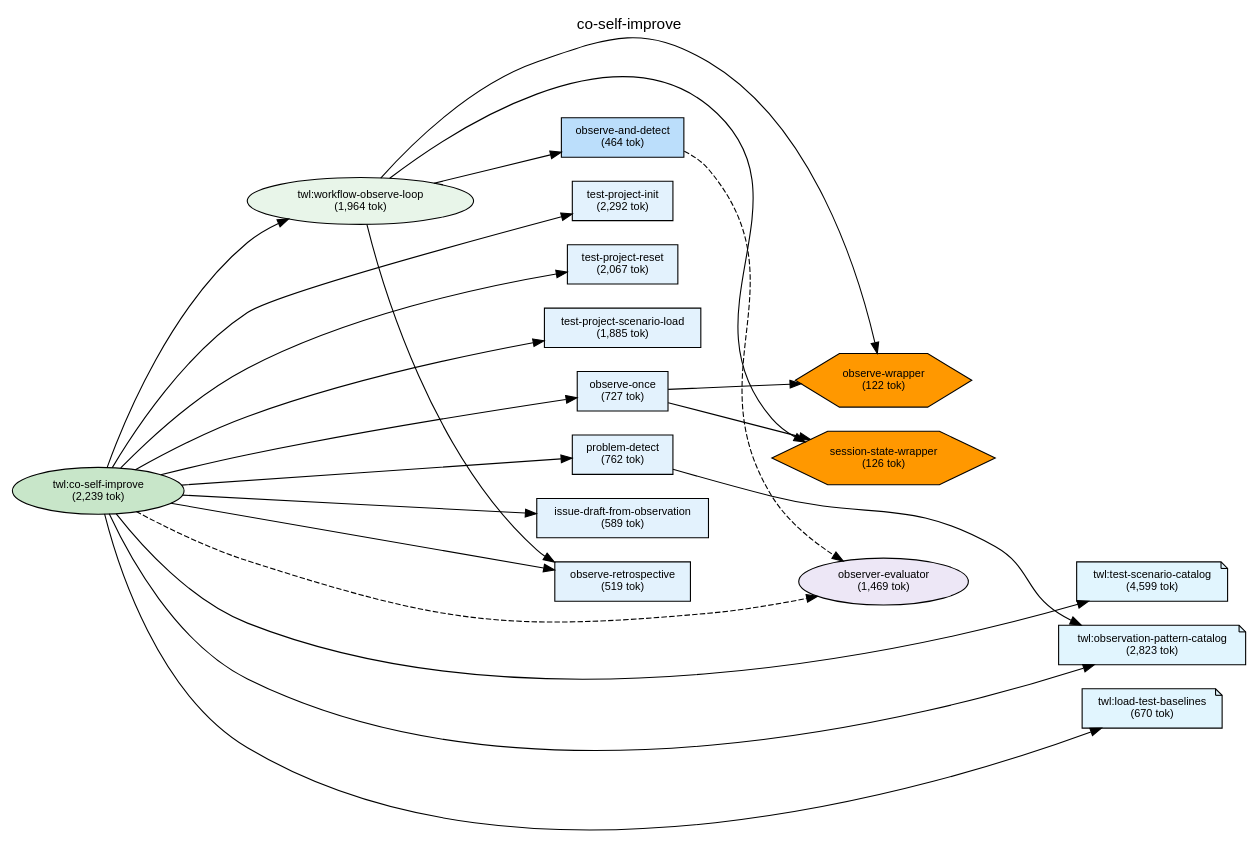
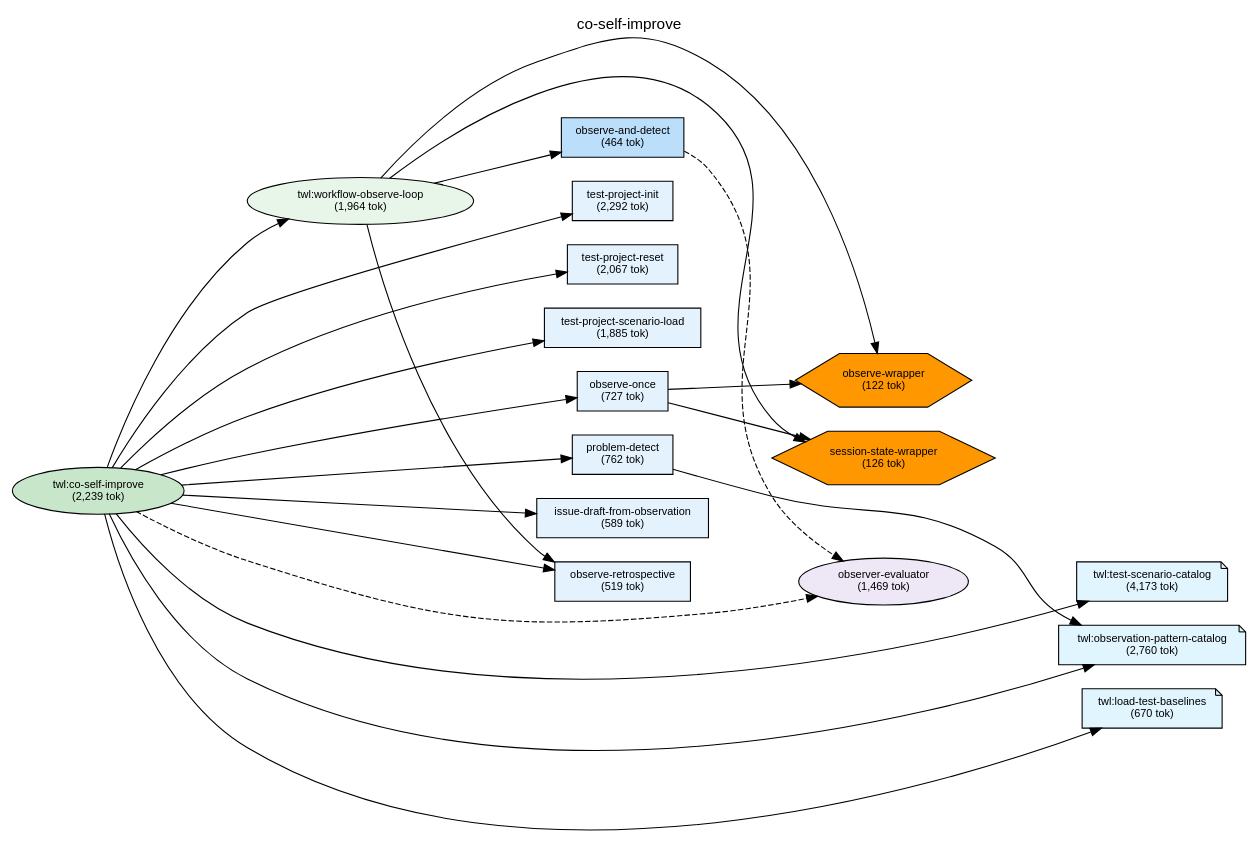
The diagram in plugins/twl/docs/deps-co-self-improve.dot (shuu5/twill), drawn with Graphviz before and after one commit. The commit also changed 29 other files, not shown here.

```diff
--- a/plugins/twl/docs/deps-co-self-improve.dot
+++ b/plugins/twl/docs/deps-co-self-improve.dot
@@ -1,96 +1,96 @@
 digraph Dependencies {
     // Graph settings
     rankdir=LR;
     ranksep=0.8;
     nodesep=0.3;
     fontname="Helvetica";
     node [fontname="Helvetica", fontsize=10];
     edge [fontname="Helvetica", fontsize=9];
     label="co-self-improve";
     labelloc=t;
     fontsize=14;
 
     // L0: Controller Skills
     skill_co_self_improve [label="twl:co-self-improve\n(2,239 tok)", shape=ellipse, style=filled, fillcolor="#c8e6c9"];
 
     // L0: Launchers
 
     // L0.5: Workflow Skills
     skill_workflow_observe_loop [label="twl:workflow-observe-loop\n(1,964 tok)", shape=ellipse, style=filled, fillcolor="#e8f5e9"];
 
     // Reference Skills
-    skill_test_scenario_catalog [label="twl:test-scenario-catalog\n(4,599 tok)", shape=note, style=filled, fillcolor="#e1f5fe"];
-    skill_observation_pattern_catalog [label="twl:observation-pattern-catalog\n(2,823 tok)", shape=note, style=filled, fillcolor="#e1f5fe"];
+    skill_test_scenario_catalog [label="twl:test-scenario-catalog\n(4,173 tok)", shape=note, style=filled, fillcolor="#e1f5fe"];
+    skill_observation_pattern_catalog [label="twl:observation-pattern-catalog\n(2,760 tok)", shape=note, style=filled, fillcolor="#e1f5fe"];
     skill_load_test_baselines [label="twl:load-test-baselines\n(670 tok)", shape=note, style=filled, fillcolor="#e1f5fe"];
 
     // L1: Direct Commands
     cmd_observe_once [label="observe-once\n(727 tok)", shape=box, style=filled, fillcolor="#e3f2fd"];
     cmd_problem_detect [label="problem-detect\n(762 tok)", shape=box, style=filled, fillcolor="#e3f2fd"];
     cmd_issue_draft_from_observation [label="issue-draft-from-observation\n(589 tok)", shape=box, style=filled, fillcolor="#e3f2fd"];
     cmd_observe_and_detect [label="observe-and-detect\n(464 tok)", shape=box, style=filled, fillcolor="#bbdefb"];
     cmd_observe_retrospective [label="observe-retrospective\n(519 tok)", shape=box, style=filled, fillcolor="#e3f2fd"];
     cmd_test_project_init [label="test-project-init\n(2,292 tok)", shape=box, style=filled, fillcolor="#e3f2fd"];
     cmd_test_project_reset [label="test-project-reset\n(2,067 tok)", shape=box, style=filled, fillcolor="#e3f2fd"];
     cmd_test_project_scenario_load [label="test-project-scenario-load\n(1,885 tok)", shape=box, style=filled, fillcolor="#e3f2fd"];
 
     // L2: Sub Commands
 
     // L3: Agents
     agent_observer_evaluator [label="observer-evaluator\n(1,469 tok)", shape=ellipse, style=filled, fillcolor="#ede7f6"];
 
     // L3.5: Scripts
     script_observe_wrapper [label="observe-wrapper\n(122 tok)", shape=hexagon, style=filled, fillcolor="#FF9800"];
     script_session_state_wrapper [label="session-state-wrapper\n(126 tok)", shape=hexagon, style=filled, fillcolor="#FF9800"];
 
     // L4: External
 
     // Layer constraints
     { rank=same; skill_co_self_improve; }
     { rank=same; skill_workflow_observe_loop; }
     { rank=same; skill_test_scenario_catalog; skill_observation_pattern_catalog; skill_load_test_baselines; }
     { rank=same; cmd_observe_once; cmd_problem_detect; cmd_issue_draft_from_observation; cmd_observe_and_detect; cmd_observe_retrospective; cmd_test_project_init; cmd_test_project_reset; cmd_test_project_scenario_load; }
     { rank=same; agent_observer_evaluator; }
     { rank=same; script_observe_wrapper; script_session_state_wrapper; }
 
     // Edges
     skill_co_self_improve -> skill_workflow_observe_loop;
     skill_co_self_improve -> cmd_test_project_init;
     skill_co_self_improve -> cmd_test_project_reset;
     skill_co_self_improve -> cmd_test_project_scenario_load;
     skill_co_self_improve -> cmd_observe_once;
     skill_co_self_improve -> cmd_problem_detect;
     skill_co_self_improve -> cmd_issue_draft_from_observation;
     skill_co_self_improve -> cmd_observe_retrospective;
     skill_co_self_improve -> agent_observer_evaluator [style=dashed];
     skill_co_self_improve -> skill_test_scenario_catalog;
     skill_co_self_improve -> skill_observation_pattern_catalog;
     skill_co_self_improve -> skill_load_test_baselines;
     skill_workflow_observe_loop -> cmd_observe_and_detect;
     skill_workflow_observe_loop -> cmd_observe_retrospective;
     skill_workflow_observe_loop -> script_observe_wrapper;
     skill_workflow_observe_loop -> script_session_state_wrapper;
     cmd_observe_once -> script_observe_wrapper;
     cmd_observe_once -> script_session_state_wrapper;
     cmd_problem_detect -> skill_observation_pattern_catalog;
     cmd_observe_and_detect -> agent_observer_evaluator [style=dashed];
 
     // Ordering constraints (invisible edges)
     skill_workflow_observe_loop -> cmd_test_project_init [style=invis, weight=10];
     cmd_test_project_init -> cmd_test_project_reset [style=invis, weight=10];
     cmd_test_project_reset -> cmd_test_project_scenario_load [style=invis, weight=10];
     cmd_test_project_scenario_load -> cmd_observe_once [style=invis, weight=10];
     cmd_observe_once -> cmd_problem_detect [style=invis, weight=10];
     cmd_problem_detect -> cmd_issue_draft_from_observation [style=invis, weight=10];
     cmd_issue_draft_from_observation -> cmd_observe_retrospective [style=invis, weight=10];
     cmd_observe_retrospective -> agent_observer_evaluator [style=invis, weight=10];
     agent_observer_evaluator -> skill_test_scenario_catalog [style=invis, weight=10];
     skill_test_scenario_catalog -> skill_observation_pattern_catalog [style=invis, weight=10];
     skill_observation_pattern_catalog -> skill_load_test_baselines [style=invis, weight=10];
     cmd_observe_once -> cmd_problem_detect [style=invis, weight=10];
     cmd_problem_detect -> agent_observer_evaluator [style=invis, weight=10];
     cmd_observe_and_detect -> cmd_observe_retrospective [style=invis, weight=10];
     cmd_observe_retrospective -> script_observe_wrapper [style=invis, weight=10];
     script_observe_wrapper -> script_session_state_wrapper [style=invis, weight=10];
     script_observe_wrapper -> script_session_state_wrapper [style=invis, weight=10];
 
 }
```
